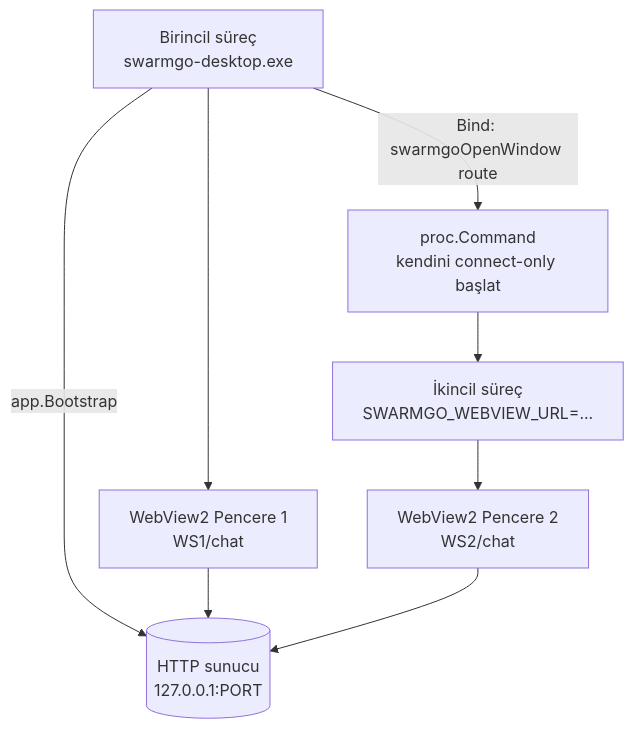
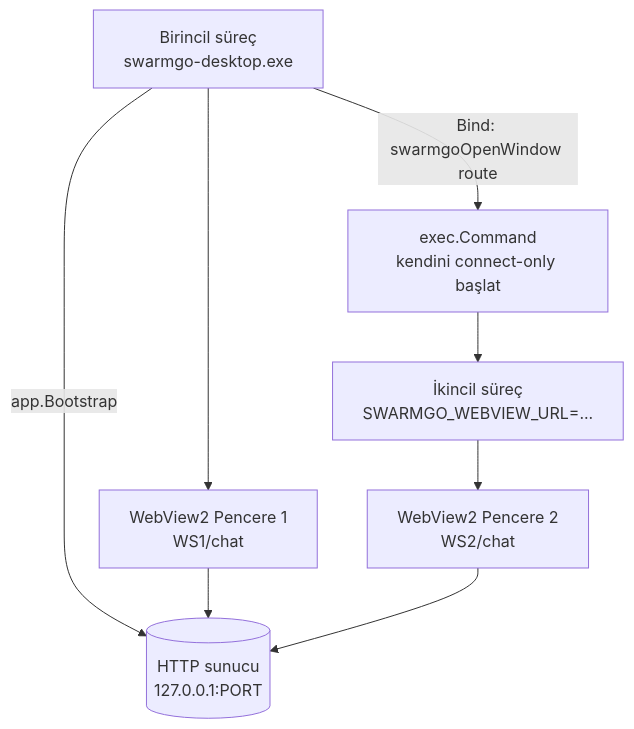
The diagram in _Docs/30-COKLU-PENCERE.md (bilal-arikan/tionharness), drawn with Mermaid before and after one commit. The commit also changed other lines of this file and 19 other files, not shown here.

````diff
--- a/_Docs/30-COKLU-PENCERE.md
+++ b/_Docs/30-COKLU-PENCERE.md
@@ -38,10 +38,10 @@
 ```mermaid
 graph TD
     P[Birincil süreç<br/>swarmgo-desktop.exe] -->|app.Bootstrap| S[(HTTP sunucu<br/>127.0.0.1:PORT)]
     P --> W1[WebView2 Pencere 1<br/>WS1/chat]
-    P -->|Bind: swarmgoOpenWindow route| SPAWN[proc.Command<br/>kendini connect-only başlat]
+    P -->|Bind: swarmgoOpenWindow route| SPAWN[exec.Command<br/>kendini connect-only başlat]
     SPAWN --> C[İkincil süreç<br/>SWARMGO_WEBVIEW_URL=...]
     C --> W2[WebView2 Pencere 2<br/>WS2/chat]
     W1 --> S
     W2 --> S
 ```
````
